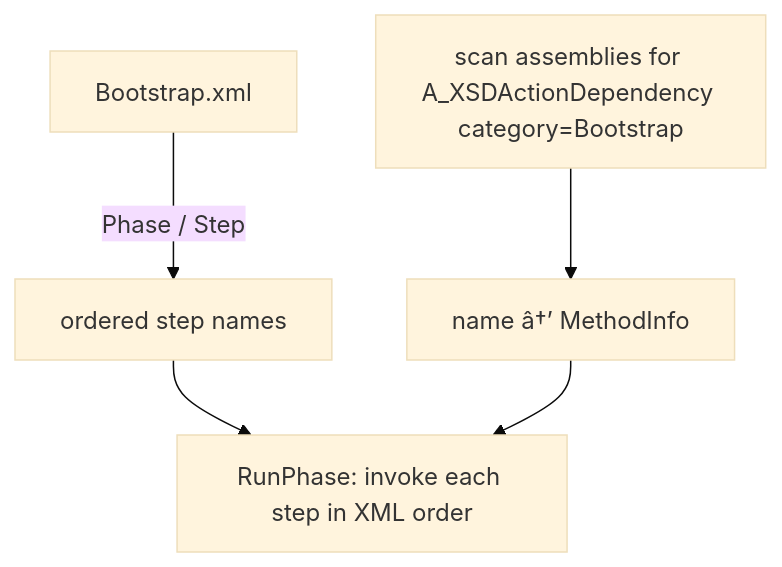
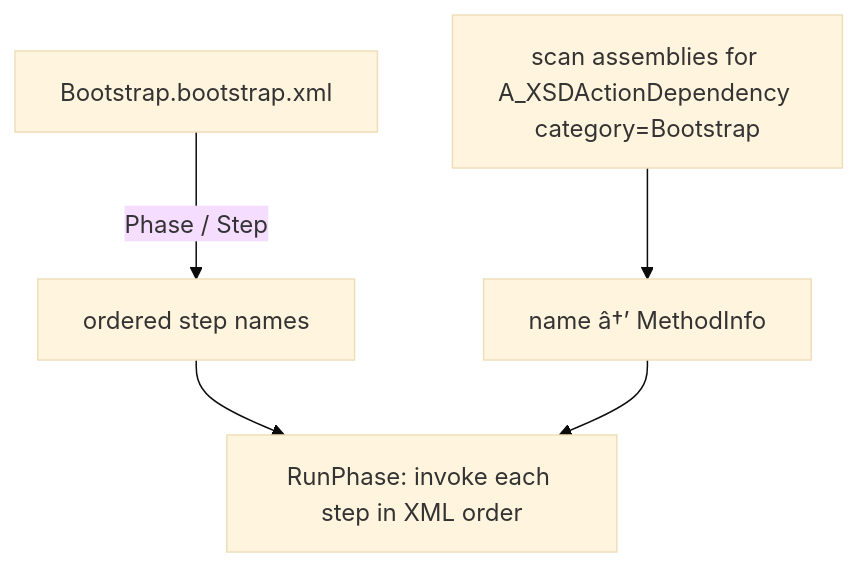
One commit to NexerG/Project-Aurora changed the diagram in DOCUMENTATION/Engine/Systems/Bootstrapper.md. Above: the diagram before and after it, drawn with Mermaid (base theme). The commit also changed other lines of this file and 69 other files, not shown here.

````diff
--- a/DOCUMENTATION/Engine/Systems/Bootstrapper.md
+++ b/DOCUMENTATION/Engine/Systems/Bootstrapper.md
@@ -27,7 +27,7 @@
 ```mermaid
 graph TD
-  XML[Bootstrap.xml] -->|Phase / Step| Steps[ordered step names]
+  XML[Bootstrap.bootstrap.xml] -->|Phase / Step| Steps[ordered step names]
   Reflect[scan assemblies for A_XSDActionDependency category=Bootstrap] --> Map[name â†’ MethodInfo]
   Steps --> Run[RunPhase: invoke each step in XML order]
   Map --> Run
 ```
````
